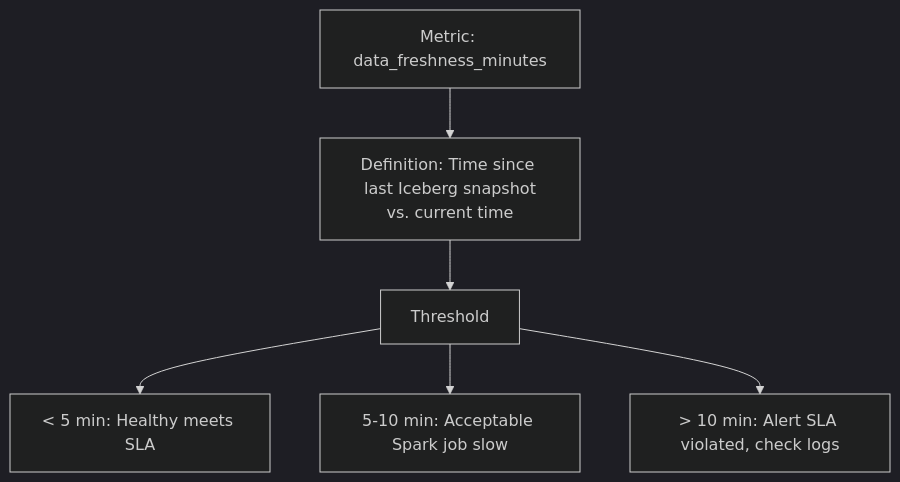
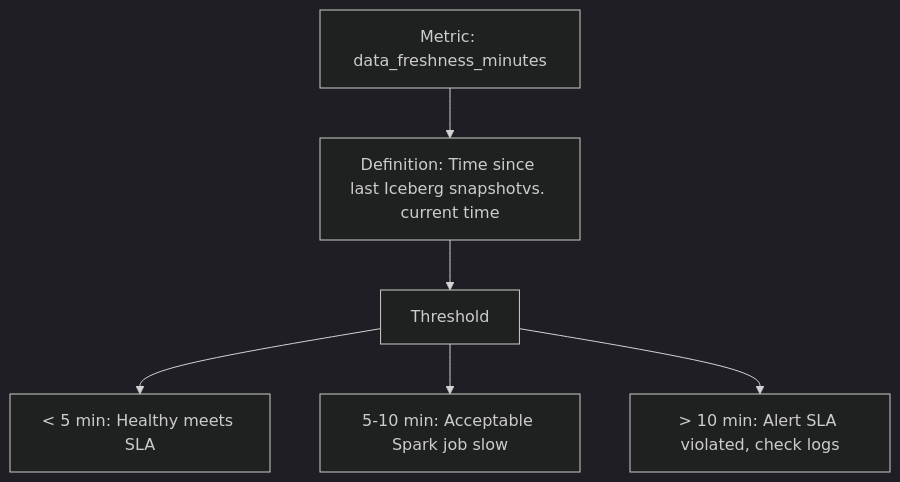
The seventh of 8 diagrams in docs/architecture/real-time-vs-analytics.md (naren-chakraview/chakraview-fintech-data-mesh), drawn with Mermaid (dark theme) before and after one commit. The commit also changed other lines of this file and 9 other files, not shown here.

Commit message:
fix: remove HTML br tags from mermaid diagrams and fix diagram syntax for v11 compatibility

````diff
--- a/docs/architecture/real-time-vs-analytics.md
+++ b/docs/architecture/real-time-vs-analytics.md
@@ -301,9 +301,9 @@
 ```mermaid
 graph TD
     A["Metric: data_freshness_minutes"]
-    A --> B["Definition: Time since last Iceberg snapshot<br/>vs. current time"]
+    A --> B["Definition: Time since last Iceberg snapshotvs. current time"]
     B --> C["Threshold"]
     C --> C1["< 5 min: Healthy meets SLA"]
     C --> C2["5-10 min: Acceptable Spark job slow"]
     C --> C3["> 10 min: Alert SLA violated, check logs"]
 ```
````
